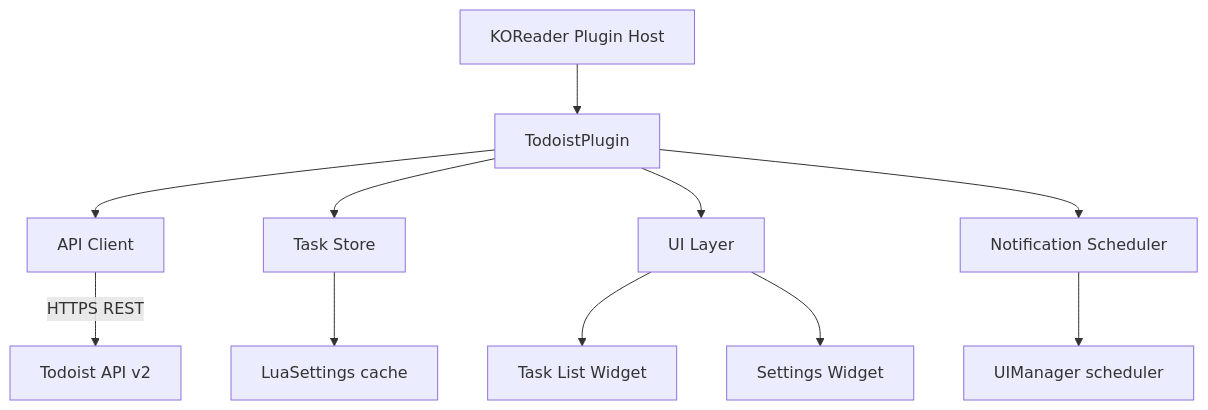
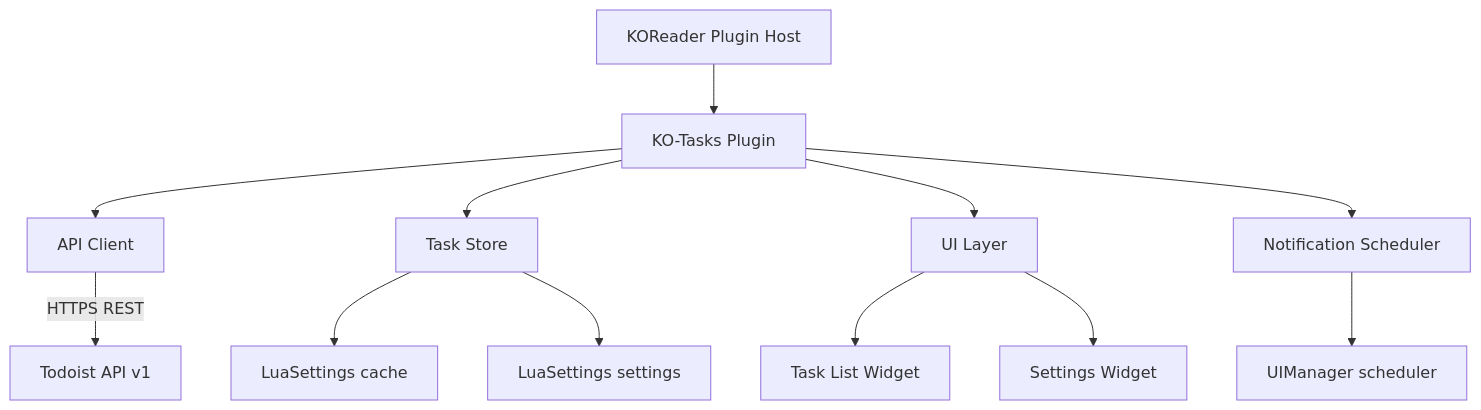
The diagram in architecture/overview.md (ramonhpr/todoist.koplugin), drawn with Mermaid before and after one commit. The commit also changed other lines of this file and 3 other files, not shown here.

Commit message:
docs: Update architecture docs for API v1 and writes

````diff
--- a/architecture/overview.md
+++ b/architecture/overview.md
@@ -24,13 +24,14 @@
 ```mermaid
 graph TD
-    A[KOReader Plugin Host] --> B[TodoistPlugin]
+    A[KOReader Plugin Host] --> B[KO-Tasks Plugin]
     B --> C[API Client]
     B --> D[Task Store]
     B --> E[UI Layer]
     B --> F[Notification Scheduler]
-    C -->|HTTPS REST| G[Todoist API v2]
+    C -->|HTTPS REST| G[Todoist API v1]
     D --> H[LuaSettings cache]
-    E --> I[Task List Widget]
-    E --> J[Settings Widget]
-    F --> K[UIManager scheduler]
+    D --> I[LuaSettings settings]
+    E --> J[Task List Widget]
+    E --> K[Settings Widget]
+    F --> L[UIManager scheduler]
 ```
````
